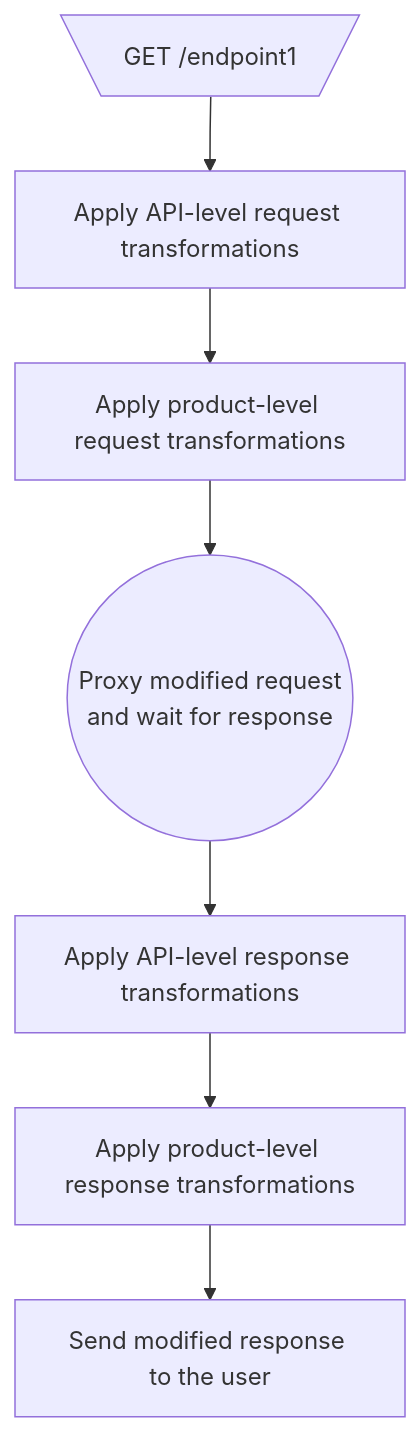
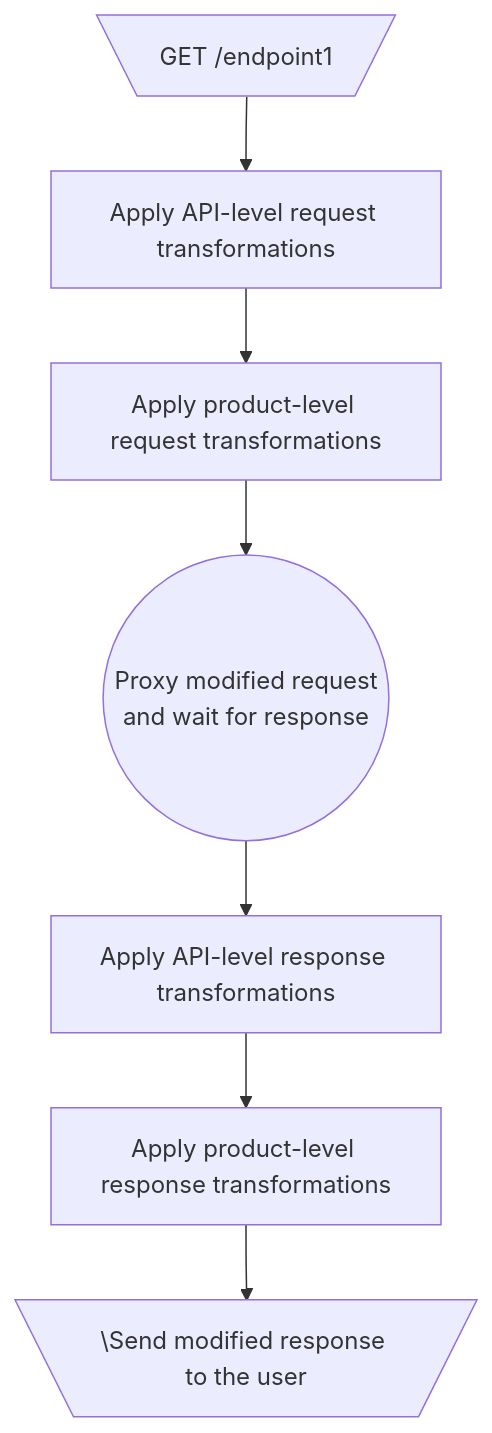
One commit to olschaefer/docs changed the diagram in api-management/transformations.mdx. Above: the diagram before and after it, drawn with Mermaid.

Commit message:
Documentation edits made through Mintlify web editor

````diff
--- a/api-management/transformations.mdx
+++ b/api-management/transformations.mdx
@@ -25,22 +25,22 @@
 ```mermaid
 graph TD
   input[\"GET /endpoint1"/]
   
   apply_api_req_tfs[Apply API-level request transformations]
   apply_product_req_tfs[Apply product-level request transformations]
   
   proxy_and_wait(("Proxy modified request
   and wait for response"))
   
   apply_api_resp_tfs[Apply API-level response transformations]
   apply_product_resp_tfs[Apply product-level response transformations]
   
-  send_response[Send modified response to the user]
+  send_response[\\Send modified response to the user/]
   
   input --> apply_api_req_tfs
   apply_api_req_tfs --> apply_product_req_tfs
   apply_product_req_tfs --> proxy_and_wait
   proxy_and_wait --> apply_api_resp_tfs
   apply_api_resp_tfs --> apply_product_resp_tfs
   apply_product_resp_tfs --> send_response
 ```
````
